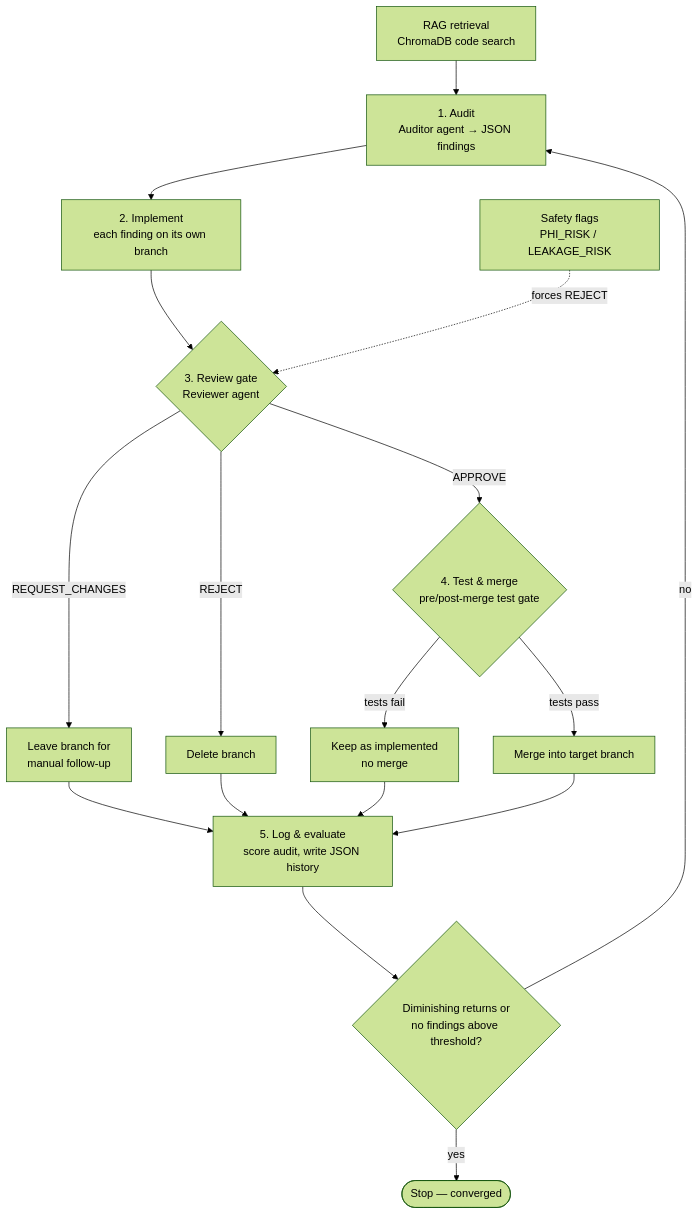
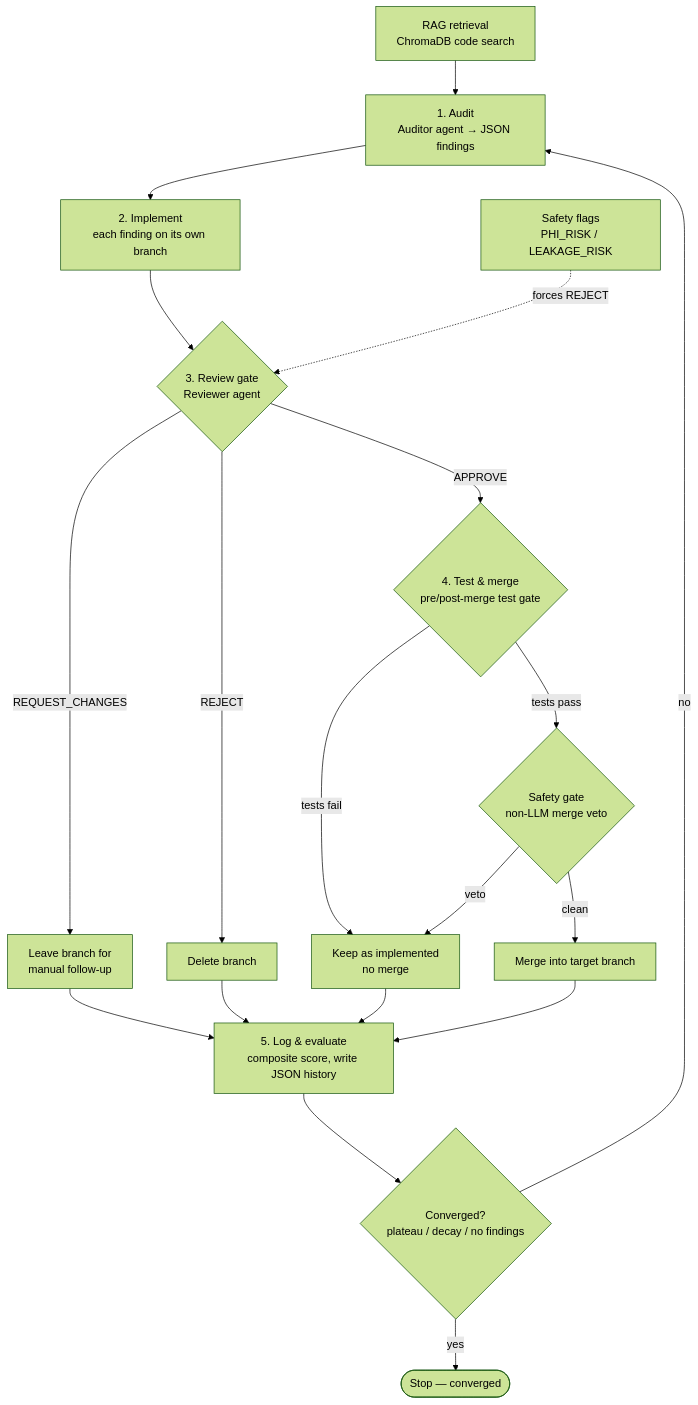
Before and after one commit to akarlin3/averyLoop: the diagram in README.md, drawn with Mermaid (forest theme). The commit also changed other lines of this file and 2 other files, not shown here.

First line of the commit message:
docs: document convergence, composite blend, and safety gate

````diff
--- a/README.md
+++ b/README.md
@@ -24,24 +40,27 @@
 ```mermaid
 flowchart TD
     RAG[RAG retrieval<br/>ChromaDB code search] --> Audit[1. Audit<br/>Auditor agent → JSON findings]
     Audit --> Implement[2. Implement<br/>each finding on its own branch]
     Implement --> Review{3. Review gate<br/>Reviewer agent}
 
     Safety[Safety flags<br/>PHI_RISK / LEAKAGE_RISK] -. forces REJECT .-> Review
 
     Review -->|REQUEST_CHANGES| Skip[Leave branch for<br/>manual follow-up]
     Review -->|REJECT| Delete[Delete branch]
     Review -->|APPROVE| Test{4. Test &amp; merge<br/>pre/post-merge test gate}
 
     Test -->|tests fail| Hold[Keep as implemented<br/>no merge]
-    Test -->|tests pass| Merge[Merge into target branch]
+    Test -->|tests pass| Gate{Safety gate<br/>non-LLM merge veto}
 
-    Merge --> Log[5. Log &amp; evaluate<br/>score audit, write JSON history]
+    Gate -->|veto| Hold
+    Gate -->|clean| Merge[Merge into target branch]
+
+    Merge --> Log[5. Log &amp; evaluate<br/>composite score, write JSON history]
     Skip --> Log
     Delete --> Log
     Hold --> Log
 
-    Log --> Exit{Diminishing returns or<br/>no findings above threshold?}
+    Log --> Exit{Converged?<br/>plateau / decay / no findings}
     Exit -->|no| Audit
     Exit -->|yes| Stop([Stop — converged])
 ```
````
